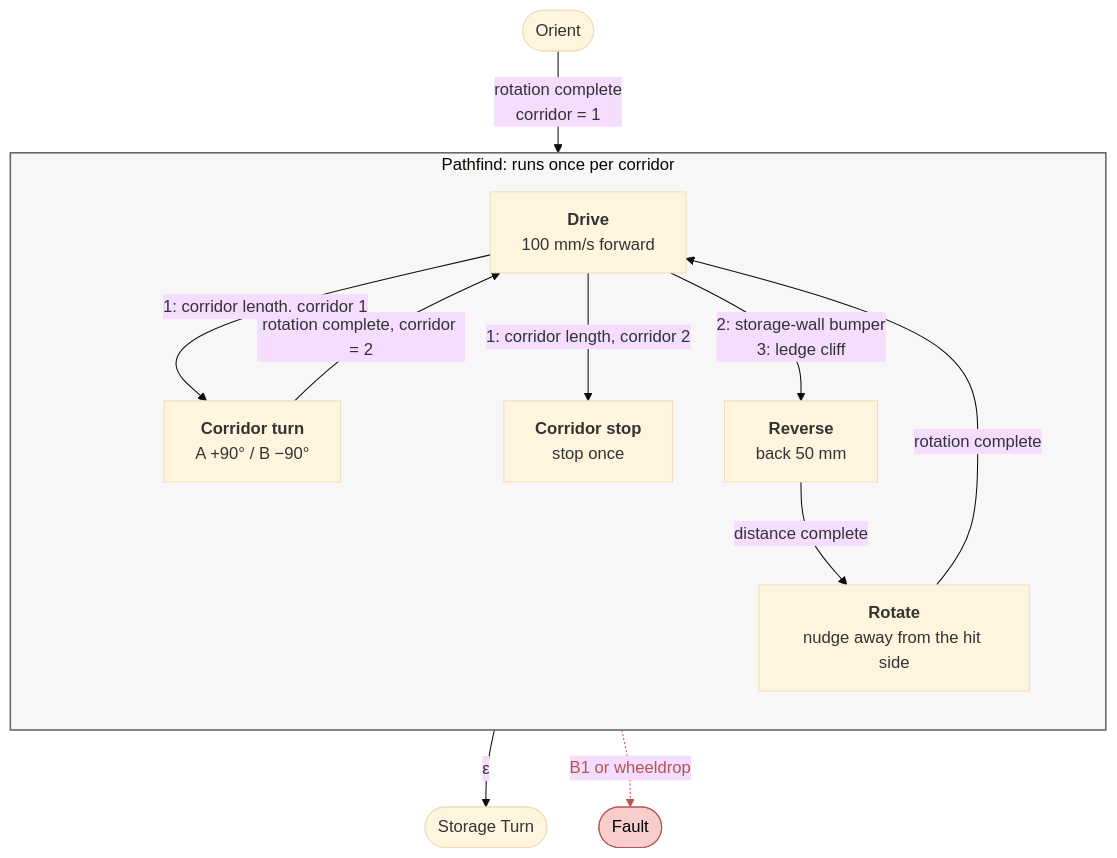
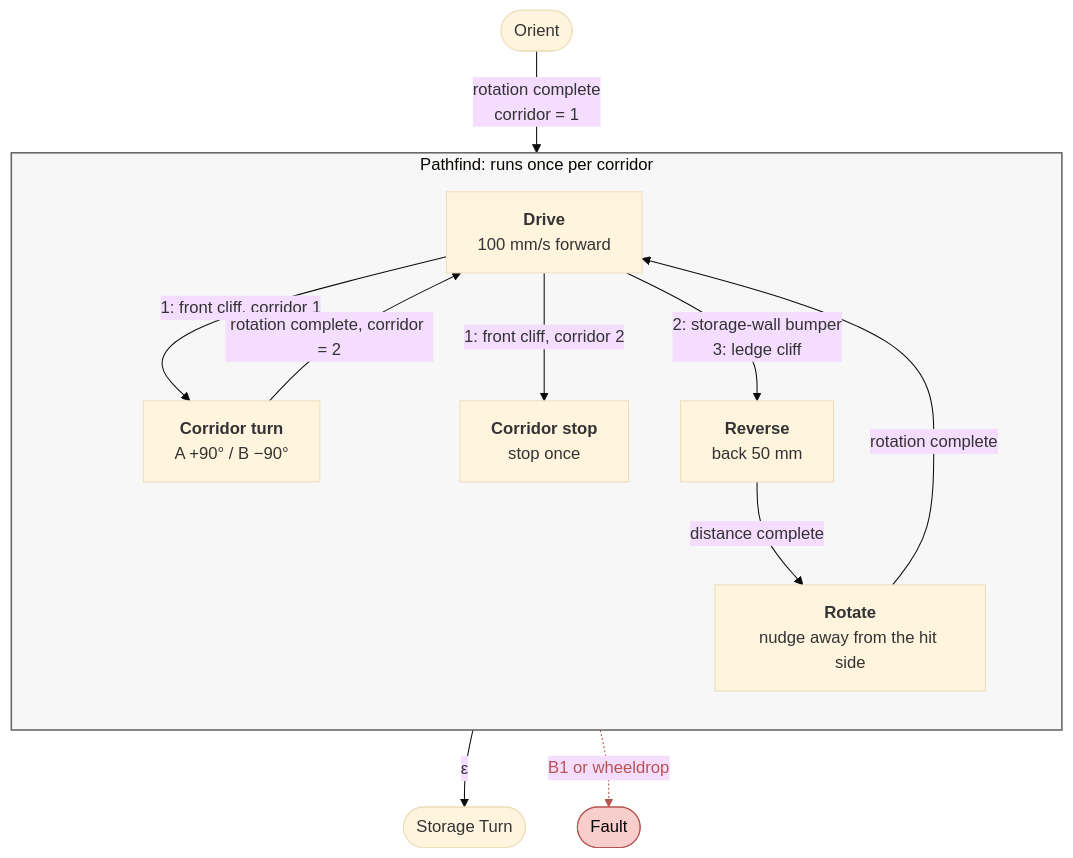
One commit to hiten011/MicroControllingProject changed the diagram in docs/pathfind.md. Above: the diagram before and after it, drawn with Mermaid (base theme). The commit also changed other lines of this file and 8 other files, not shown here.

First line of the commit message:
End Pathfind corridors on the front cliff and add Kobuki_IsCliffDetected.

````diff
--- a/docs/pathfind.md
+++ b/docs/pathfind.md
@@ -7,30 +7,30 @@
 ```mermaid
 flowchart TB
     orient(["Orient"])
     fault(["Fault"])
     storage(["Storage Turn"])
 
     subgraph pathfind["Pathfind: runs once per corridor"]
         direction TB
         drive["<b>Drive</b><br/>100 mm/s forward"]
         turn["<b>Corridor turn</b><br/>A +90° / B −90°"]
         stop["<b>Corridor stop</b><br/>stop once"]
         reverse["<b>Reverse</b><br/>back 50 mm"]
         rotate["<b>Rotate</b><br/>nudge away from the hit side"]
     end
 
     orient -->|"rotation complete<br/>corridor = 1"| drive
-    drive -->|"1: corridor length, corridor 1"| turn
+    drive -->|"1: front cliff, corridor 1"| turn
     turn -->|"rotation complete, corridor = 2"| drive
-    drive -->|"1: corridor length, corridor 2"| stop
+    drive -->|"1: front cliff, corridor 2"| stop
     stop -->|"ε"| storage
     drive -->|"2: storage-wall bumper<br/>3: ledge cliff"| reverse
     reverse -->|"distance complete"| rotate
     rotate -->|"rotation complete"| drive
     pathfind -.->|"B1 or wheeldrop"| fault
 
     classDef red fill:#f8cecc,stroke:#b85450,color:#000
     class fault red
     style pathfind fill:#f7f7f7,stroke:#666,stroke-width:1.5px
     linkStyle 8 stroke:#b85450,color:#b85450
 ```
````
